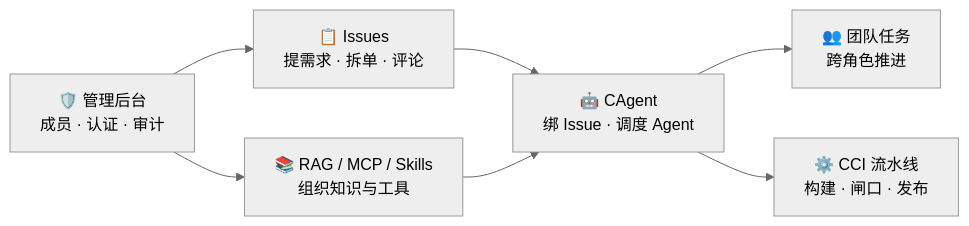
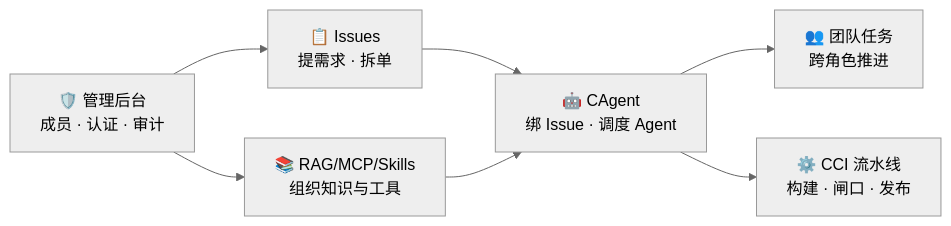
One commit to gaogg521/1ONE-ClaudeCode changed the first of 2 diagrams in readme.md. Above: the diagram before and after it, drawn with Mermaid (neutral theme). The commit also changed other lines of this file, not shown here.

````diff
--- a/readme.md
+++ b/readme.md
@@ -257,15 +232,9 @@
 ```mermaid
 flowchart LR
-  A["📋 Issues<br/>提需求 · 拆单 · 评论"]
-  B["🤖 CAgent<br/>绑 Issue · 调度 Agent"]
-  C["👥 团队任务<br/>跨角色推进"]
-  D["📚 RAG / MCP / Skills<br/>组织知识与工具"]
-  E["⚙️ CCI 流水线<br/>构建 · 闸口 · 发布"]
-  F["🛡️ 管理后台<br/>成员 · 认证 · 审计"]
-
-  A --> B --> C
-  D --> B
-  B --> E
-  F --> D
+  A["📋 Issues<br/>提需求 · 拆单"] --> B["🤖 CAgent<br/>绑 Issue · 调度 Agent"]
+  B --> C["👥 团队任务<br/>跨角色推进"]
+  D["📚 RAG/MCP/Skills<br/>组织知识与工具"] --> B
+  B --> E["⚙️ CCI 流水线<br/>构建 · 闸口 · 发布"]
+  F["🛡️ 管理后台<br/>成员 · 认证 · 审计"] --> D
   F --> A
 ```
````
